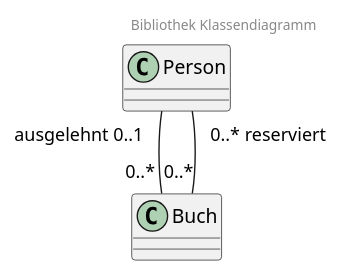
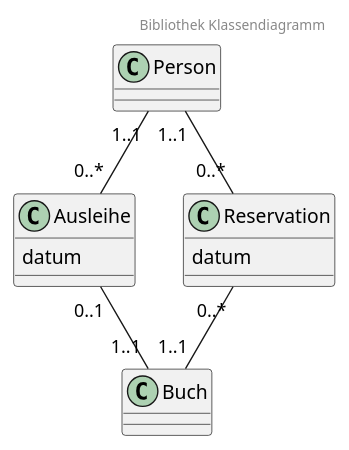
One commit to rb-bbw/M153_Bibliothek changed the diagram in Bibliothek Klassen.puml. Above: the diagram before and after it, drawn with PlantUML. The commit also changed 1 other file, not shown here.

```diff
--- a/Bibliothek Klassen.puml
+++ b/Bibliothek Klassen.puml
@@ -1,11 +1,20 @@
 @startuml
 'https://plantuml.com/class-diagram
 header Bibliothek Klassendiagramm
 
 class Person
 class Buch
+class Ausleihe {
+    datum
+}
+class Reservation {
+    datum
+}
 
-Person "ausgelehnt 0..1" -- "0..*" Buch
-Person "0..* reserviert" -- "0..*" Buch
+Person "1..1" -- "0..*" Ausleihe
+Ausleihe "0..1" -- "1..1" Buch
+
+Person "1..1" -- "0..*" Reservation
+Reservation "0..*" -- "1..1" Buch
 
 @enduml
```
